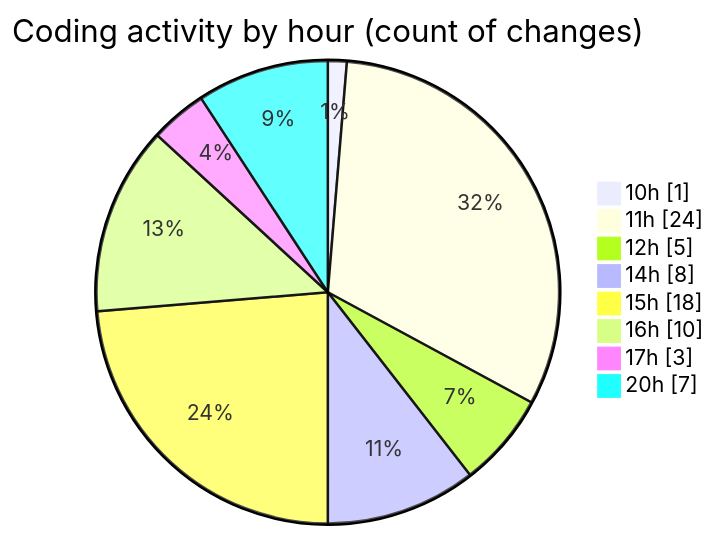
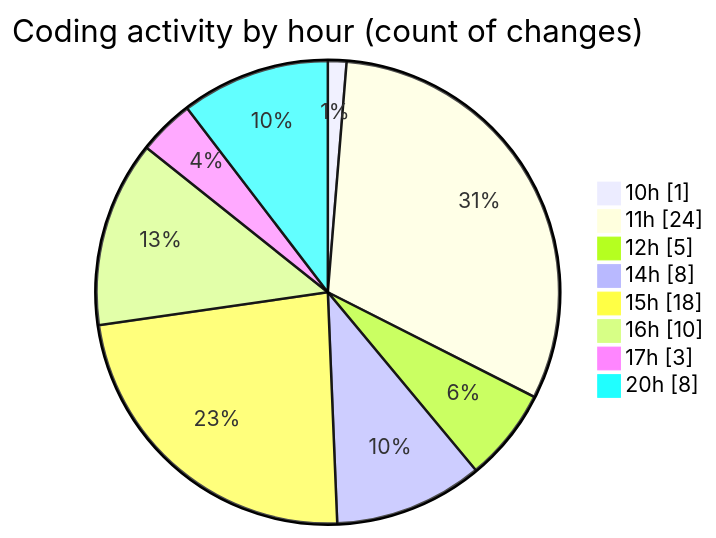
The second of 2 diagrams in 2025-10-03/untitled__workspace_/README.md (debugP/code-tracking), drawn with Mermaid before and after one commit. The commit also changed other lines of this file and 1 other file, not shown here.

````diff
--- a/2025-10-03/untitled__workspace_/README.md
+++ b/2025-10-03/untitled__workspace_/README.md
@@ -31,12 +33,12 @@
 ```mermaid
 pie showData
 title Coding activity by hour (count of changes)
 "10h" : 1
 "11h" : 24
 "12h" : 5
 "14h" : 8
 "15h" : 18
 "16h" : 10
 "17h" : 3
-"20h" : 7
+"20h" : 8
 ```
````
